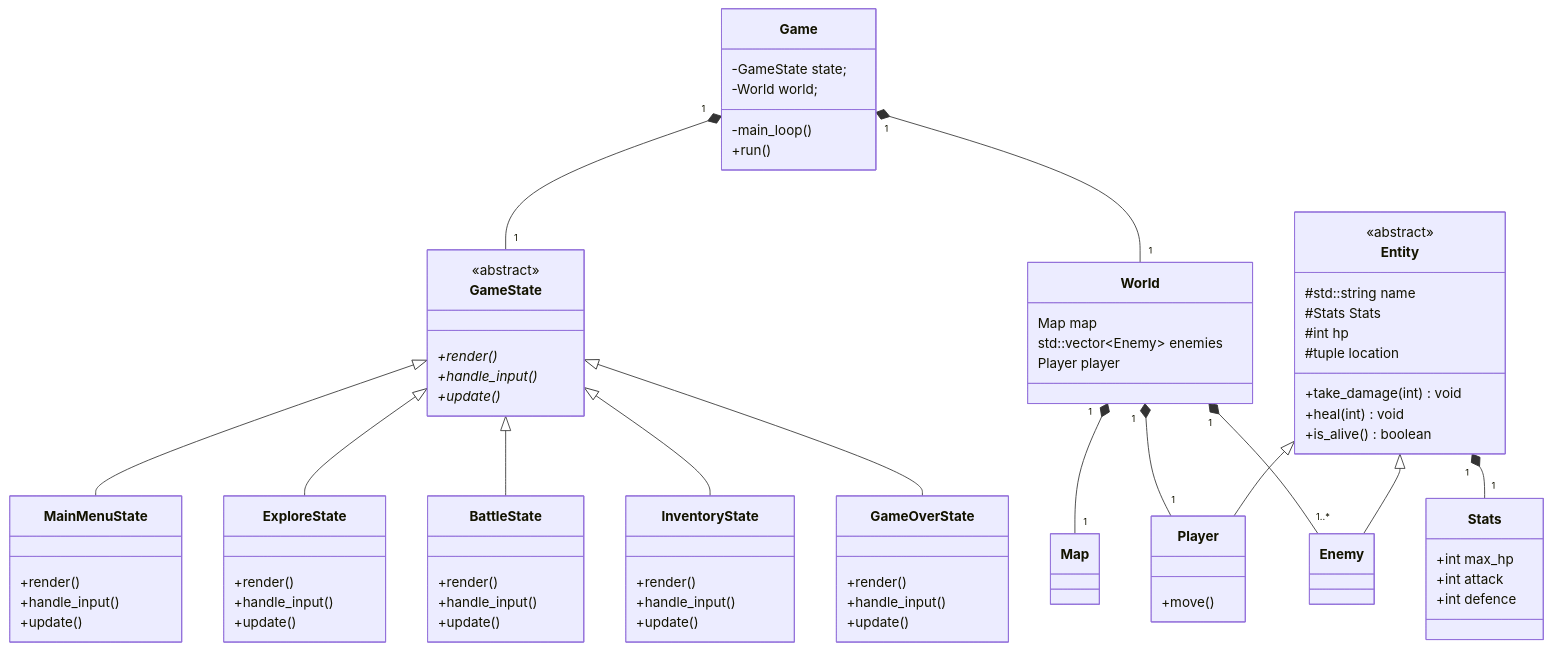
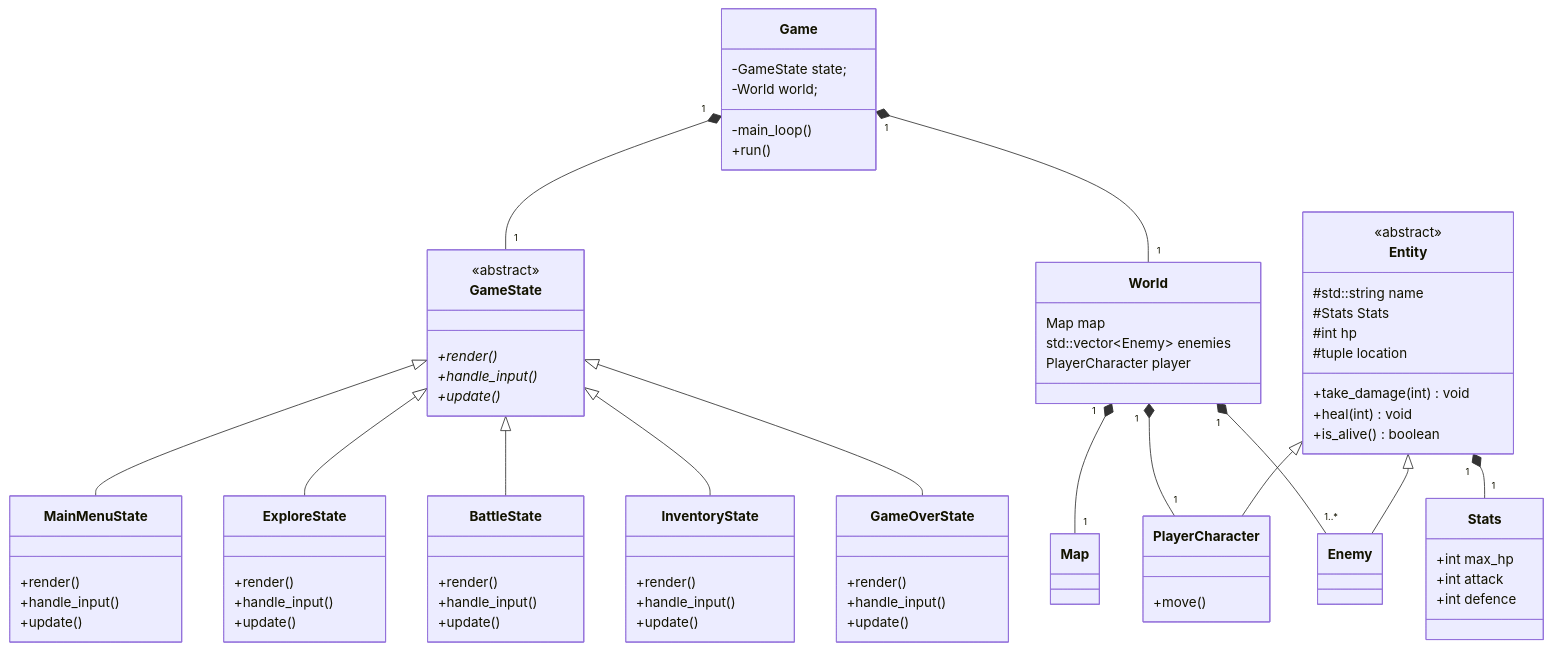
Before and after one commit to gislih24/CPP_PA4: the diagram in README.md, drawn with Mermaid.

Commit message:
Rename Player class in README.md to PlayerCharacter

```diff
--- a/README.md
+++ b/README.md
@@ -60,11 +60,11 @@
 class World{
     Map map
     std::vector~Enemy~ enemies
-    Player player
+    PlayerCharacter player
 }
 
 World "1" *-- "1" Map
-World "1" *-- "1" Player
+World "1" *-- "1" PlayerCharacter
 World "1" *-- "1..*" Enemy
 
 class Entity{
@@ -79,7 +79,7 @@
 }
 
 Entity "1" *-- "1" Stats
-Entity <|-- Player
+Entity <|-- PlayerCharacter
 Entity <|-- Enemy
 
 class Stats{
@@ -88,7 +88,7 @@
     +int defence
 }
 
-class Player{
+class PlayerCharacter{
     +move()
 }
 
```
